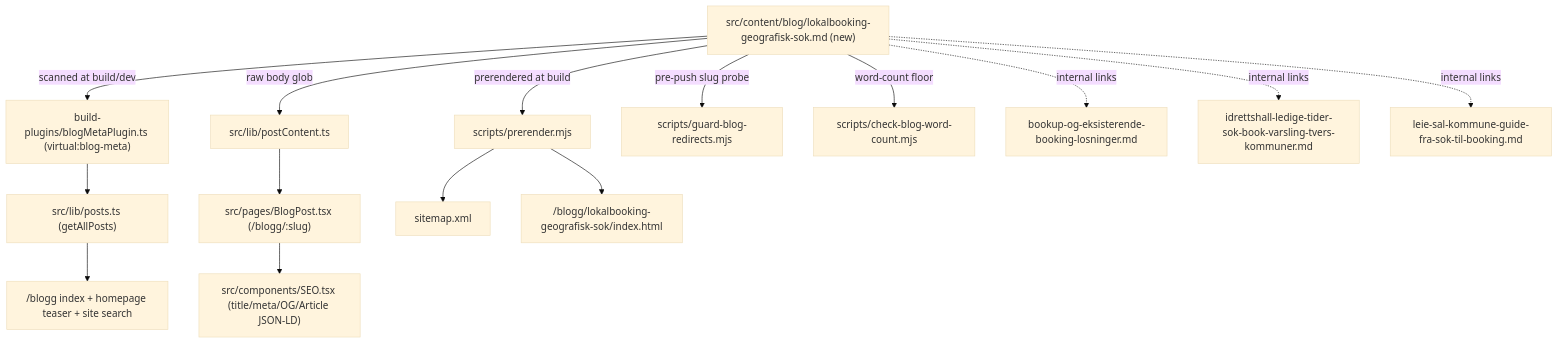
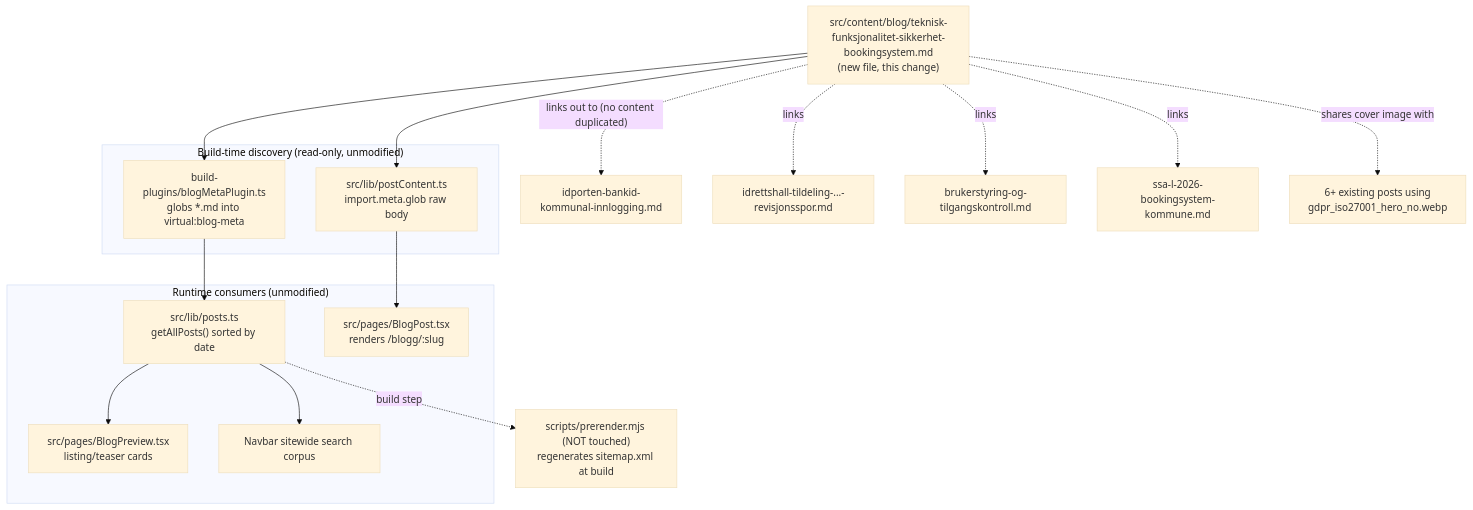
The diagram in AGENT-SPEC.md (Xala-Technologies/booking-brilliance), drawn with Mermaid (base theme) before and after one commit. The commit also changed other lines of this file and 4 other files, not shown here.

First line of the commit message:
feat(XAL-1141): add teknisk funksjonalitet og sikkerhet blog post (#231)

````diff
--- a/AGENT-SPEC.md
+++ b/AGENT-SPEC.md
@@ -80,17 +120,30 @@
 ```mermaid
-graph TD
-  MD["src/content/blog/lokalbooking-geografisk-sok.md (new)"] -->|scanned at build/dev| Plugin["build-plugins/blogMetaPlugin.ts (virtual:blog-meta)"]
-  Plugin --> Posts["src/lib/posts.ts (getAllPosts)"]
-  Posts --> Index["/blogg index + homepage teaser + site search"]
-  MD -->|raw body glob| PostContent["src/lib/postContent.ts"]
-  PostContent --> BlogPost["src/pages/BlogPost.tsx (/blogg/:slug)"]
-  BlogPost --> SEO["src/components/SEO.tsx (title/meta/OG/Article JSON-LD)"]
-  MD -->|prerendered at build| Prerender["scripts/prerender.mjs"]
-  Prerender --> Sitemap["sitemap.xml"]
-  Prerender --> Static["/blogg/lokalbooking-geografisk-sok/index.html"]
-  MD -->|pre-push slug probe| Guard["scripts/guard-blog-redirects.mjs"]
-  MD -->|word-count floor| WordCount["scripts/check-blog-word-count.mjs"]
-  MD -.internal links.-> BookUpPost["bookup-og-eksisterende-booking-losninger.md"]
-  MD -.internal links.-> TverskommunePost["idrettshall-ledige-tider-sok-book-varsling-tvers-kommuner.md"]
-  MD -.internal links.-> SearchFlowPost["leie-sal-kommune-guide-fra-sok-til-booking.md"]
+flowchart TD
+    MD["src/content/blog/teknisk-funksjonalitet-sikkerhet-bookingsystem.md<br/>(new file, this change)"]
+
+    subgraph BuildTime["Build-time discovery (read-only, unmodified)"]
+        Plugin["build-plugins/blogMetaPlugin.ts<br/>globs *.md into virtual:blog-meta"]
+        RawGlob["src/lib/postContent.ts<br/>import.meta.glob raw body"]
+    end
+
+    subgraph Runtime["Runtime consumers (unmodified)"]
+        PostsTS["src/lib/posts.ts<br/>getAllPosts() sorted by date"]
+        BlogPost["src/pages/BlogPost.tsx<br/>renders /blogg/:slug"]
+        BlogPreview["src/pages/BlogPreview.tsx<br/>listing/teaser cards"]
+        Search["Navbar sitewide search corpus"]
+    end
+
+    Prerender["scripts/prerender.mjs (NOT touched)<br/>regenerates sitemap.xml at build"]
+
+    MD --> Plugin --> PostsTS
+    MD --> RawGlob --> BlogPost
+    PostsTS --> BlogPreview
+    PostsTS --> Search
+    PostsTS -.build step.-> Prerender
+
+    MD -. "links out to (no content duplicated)" .-> A["idporten-bankid-kommunal-innlogging.md"]
+    MD -. links .-> B["idrettshall-tildeling-...-revisjonsspor.md"]
+    MD -. links .-> C["brukerstyring-og-tilgangskontroll.md"]
+    MD -. links .-> D["ssa-l-2026-bookingsystem-kommune.md"]
+    MD -. "shares cover image with" .-> E["6+ existing posts using<br/>gdpr_iso27001_hero_no.webp"]
 ```
````
